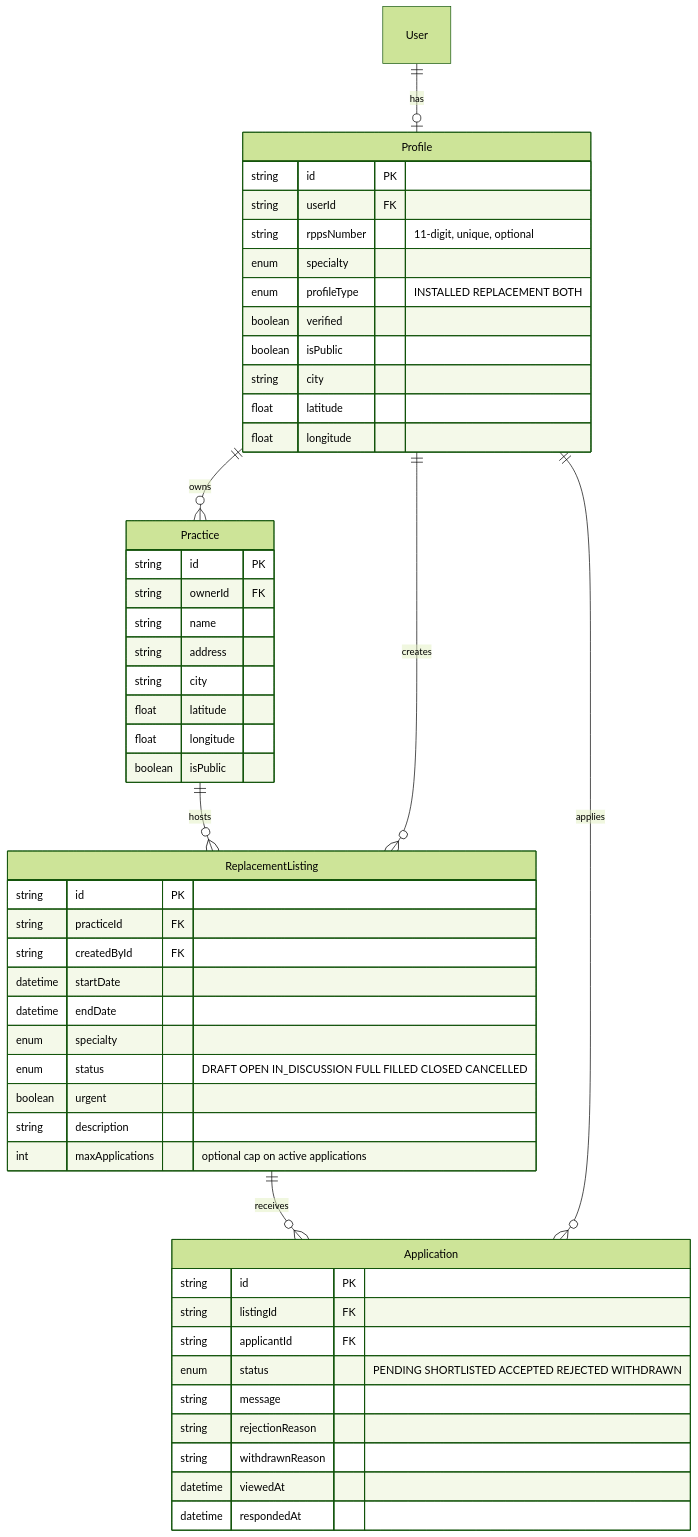
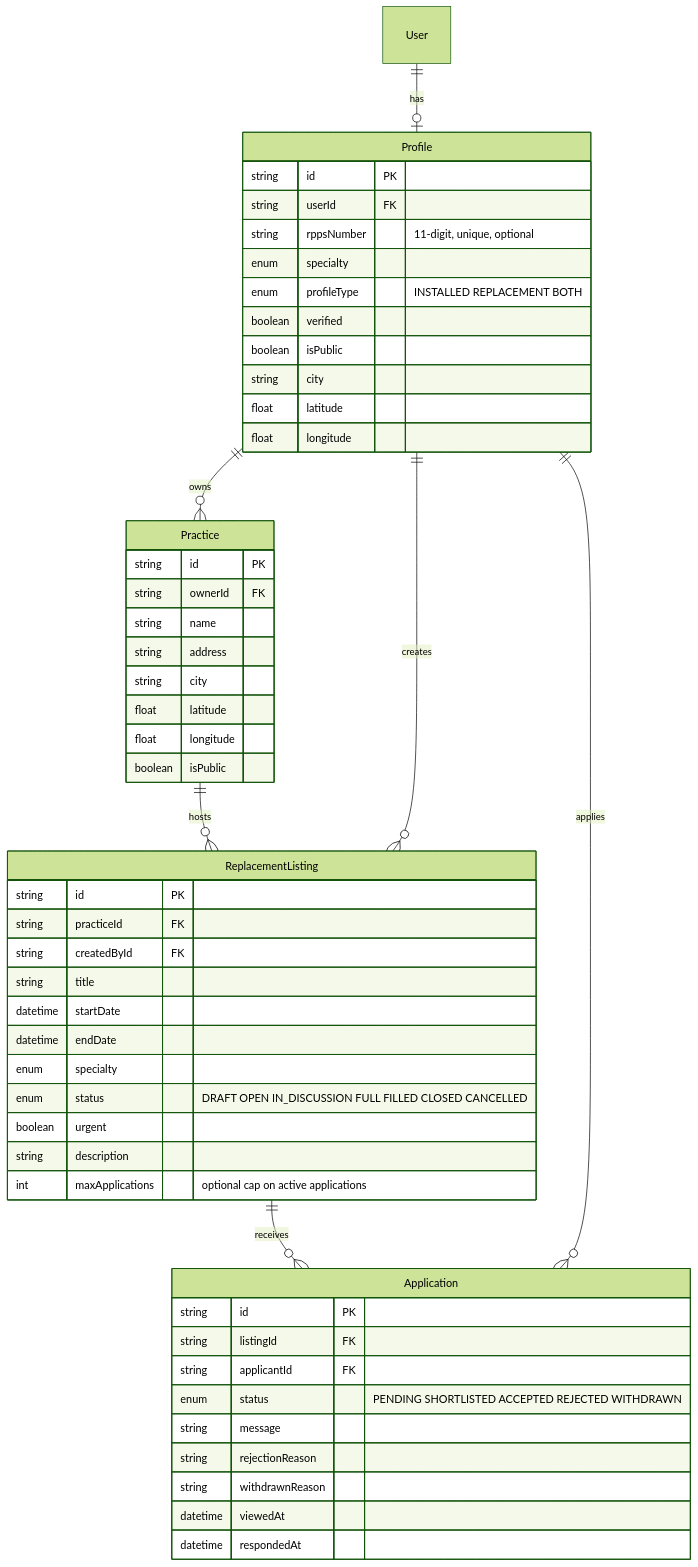
The second of 6 diagrams in README.md (lellis-medical-group/kineo-nest-backend), drawn with Mermaid (forest theme) before and after one commit. The commit also changed 2 other files, not shown here.

Commit message:
feat(db): add title to replacement listings with backfill
ReplacementListing had no title at all: the frontend fell back to
'Annonce indisponible' on every card. Add a required title column and
backfill existing rows from the specialty.

Migration adds the column as nullable, derives a human-readable title
(Remplacement generaliste / dentiste / ...), then flips it NOT NULL so
existing rows are migrated without data loss.

````diff
--- a/README.md
+++ b/README.md
@@ -103,58 +103,59 @@
 ```mermaid
 erDiagram
     User ||--o| Profile : "has"
     Profile ||--o{ Practice : "owns"
     Practice ||--o{ ReplacementListing : "hosts"
     Profile ||--o{ ReplacementListing : "creates"
     ReplacementListing ||--o{ Application : "receives"
     Profile ||--o{ Application : "applies"
 
     Profile {
         string id PK
         string userId FK
         string rppsNumber "11-digit, unique, optional"
         enum specialty
         enum profileType "INSTALLED REPLACEMENT BOTH"
         boolean verified
         boolean isPublic
         string city
         float latitude
         float longitude
     }
 
     Practice {
         string id PK
         string ownerId FK
         string name
         string address
         string city
         float latitude
         float longitude
         boolean isPublic
     }
 
     ReplacementListing {
         string id PK
         string practiceId FK
         string createdById FK
+        string title
         datetime startDate
         datetime endDate
         enum specialty
         enum status "DRAFT OPEN IN_DISCUSSION FULL FILLED CLOSED CANCELLED"
         boolean urgent
         string description
         int maxApplications "optional cap on active applications"
     }
 
     Application {
         string id PK
         string listingId FK
         string applicantId FK
         enum status "PENDING SHORTLISTED ACCEPTED REJECTED WITHDRAWN"
         string message
         string rejectionReason
         string withdrawnReason
         datetime viewedAt
         datetime respondedAt
     }
 ```
````
